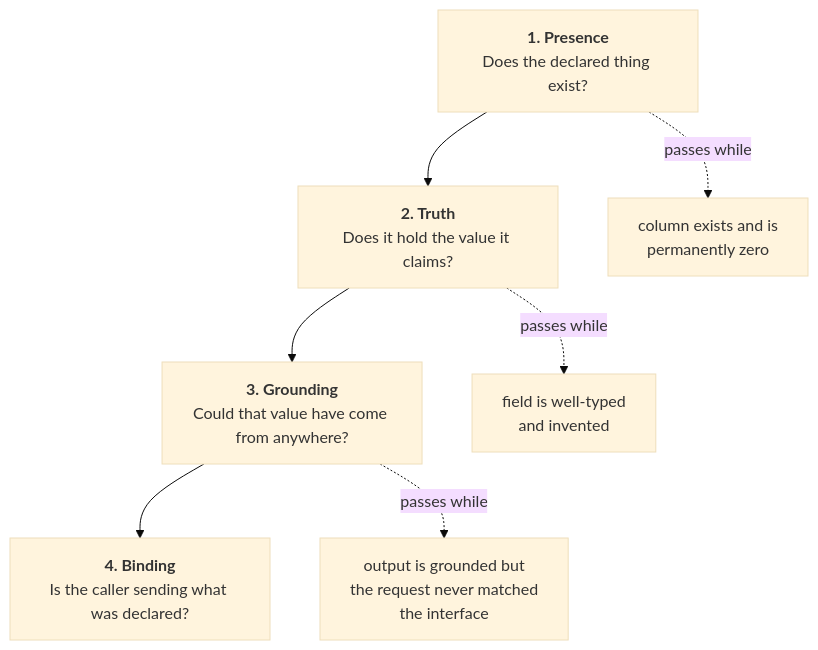
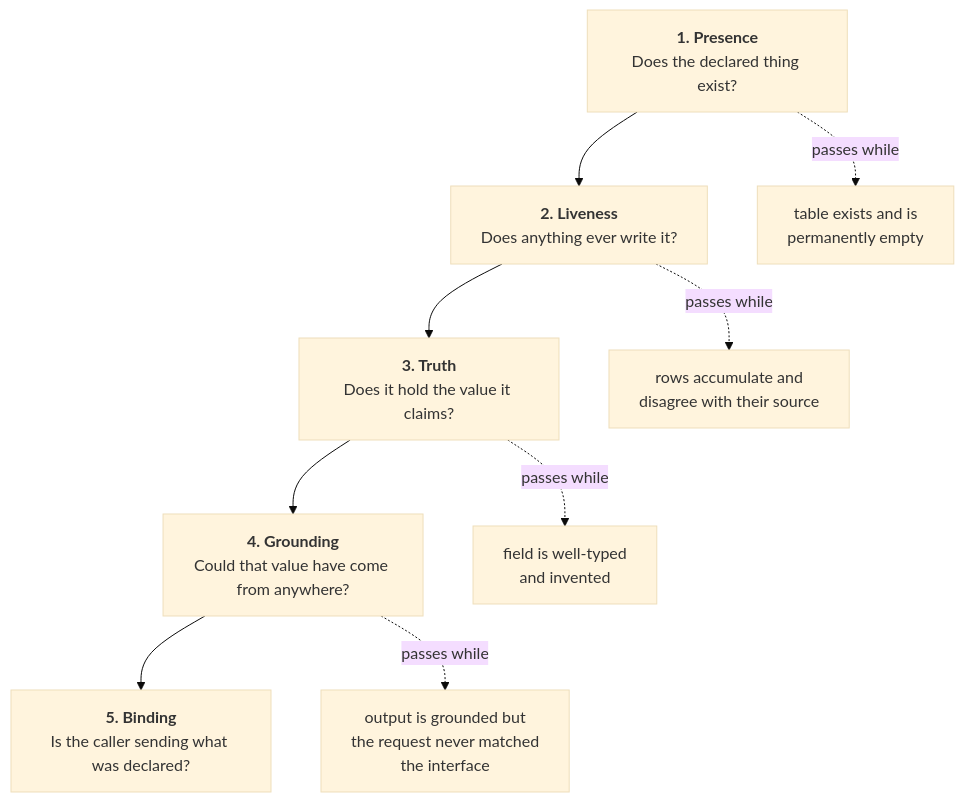
The third of 7 diagrams in docs/papers/verification_for_agent_ecologies.md (Replicant-Partners/fermi), drawn with Mermaid (base theme) before and after one commit. The commit also changed other lines of this file, not shown here.

````diff
--- a/docs/papers/verification_for_agent_ecologies.md
+++ b/docs/papers/verification_for_agent_ecologies.md
@@ -170,13 +217,15 @@
 ```mermaid
 graph TD
     Q1["<b>1. Presence</b><br/>Does the declared thing exist?"]
-    Q2["<b>2. Truth</b><br/>Does it hold the value it claims?"]
-    Q3["<b>3. Grounding</b><br/>Could that value have come from anywhere?"]
-    Q4["<b>4. Binding</b><br/>Is the caller sending what was declared?"]
+    Q2["<b>2. Liveness</b><br/>Does anything ever write it?"]
+    Q3["<b>3. Truth</b><br/>Does it hold the value it claims?"]
+    Q4["<b>4. Grounding</b><br/>Could that value have come from anywhere?"]
+    Q5["<b>5. Binding</b><br/>Is the caller sending what was declared?"]
 
-    Q1 --> Q2 --> Q3 --> Q4
+    Q1 --> Q2 --> Q3 --> Q4 --> Q5
 
-    Q1 -.->|"passes while"| F1["column exists and is<br/>permanently zero"]
-    Q2 -.->|"passes while"| F2["field is well-typed<br/>and invented"]
-    Q3 -.->|"passes while"| F3["output is grounded but<br/>the request never matched<br/>the interface"]
+    Q1 -.->|"passes while"| F1["table exists and is<br/>permanently empty"]
+    Q2 -.->|"passes while"| F2["rows accumulate and<br/>disagree with their source"]
+    Q3 -.->|"passes while"| F3["field is well-typed<br/>and invented"]
+    Q4 -.->|"passes while"| F4["output is grounded but<br/>the request never matched<br/>the interface"]
 ```
````
